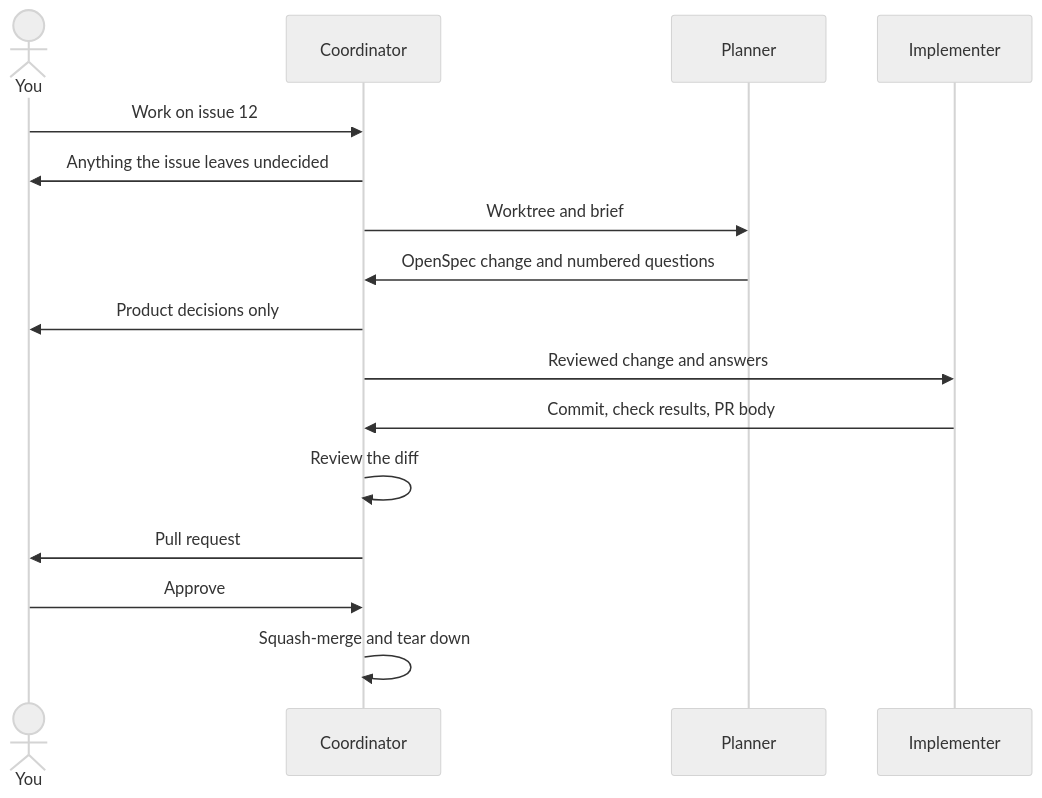
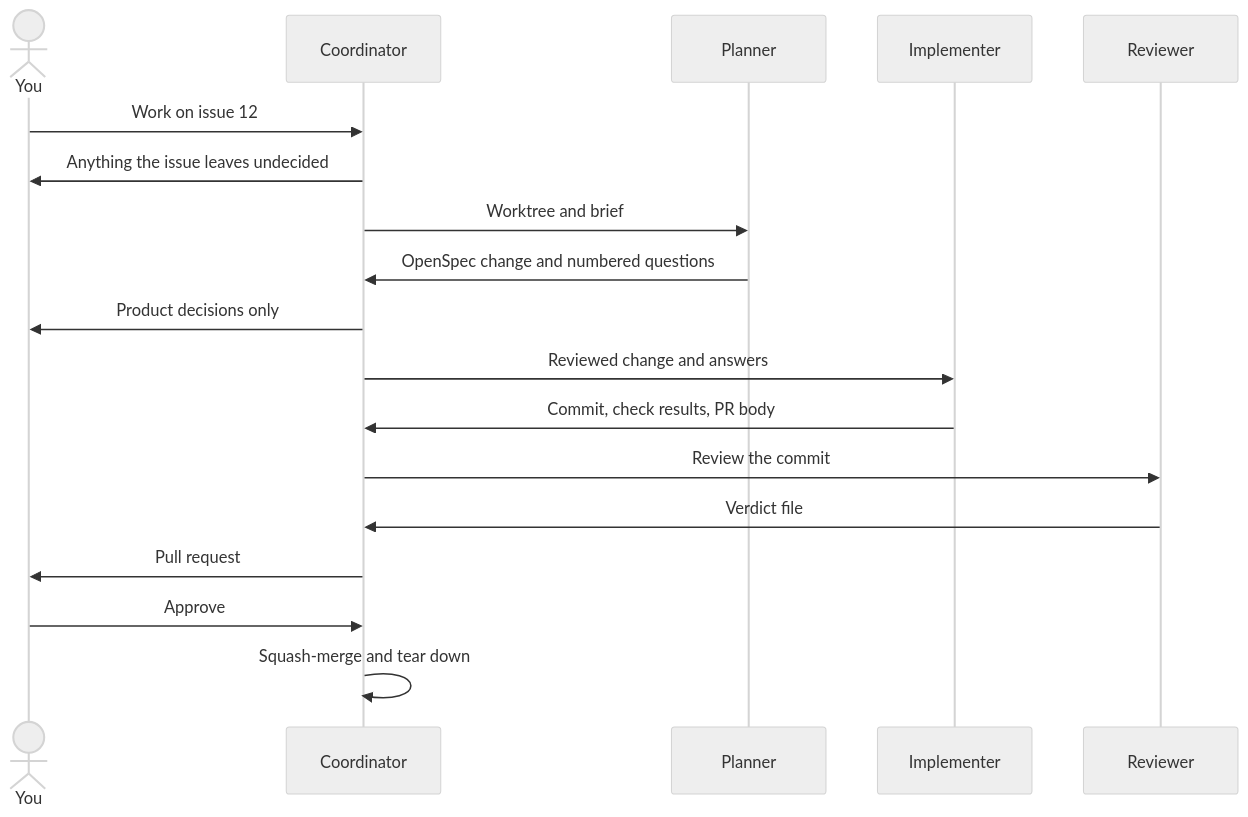
Before and after one commit to nicoleman0/switchyard: the diagram in README.md, drawn with Mermaid (neutral theme). The commit also changed other lines of this file and 14 other files, not shown here.

````diff
--- a/README.md
+++ b/README.md
@@ -42,18 +44,20 @@
 ```mermaid
 sequenceDiagram
     actor You
     participant C as Coordinator
     participant P as Planner
     participant I as Implementer
+    participant R as Reviewer
     You->>C: Work on issue 12
     C->>You: Anything the issue leaves undecided
     C->>P: Worktree and brief
     P->>C: OpenSpec change and numbered questions
     C->>You: Product decisions only
     C->>I: Reviewed change and answers
     I->>C: Commit, check results, PR body
-    C->>C: Review the diff
+    C->>R: Review the commit
+    R->>C: Verdict file
     C->>You: Pull request
     You->>C: Approve
     C->>C: Squash-merge and tear down
 ```
````
